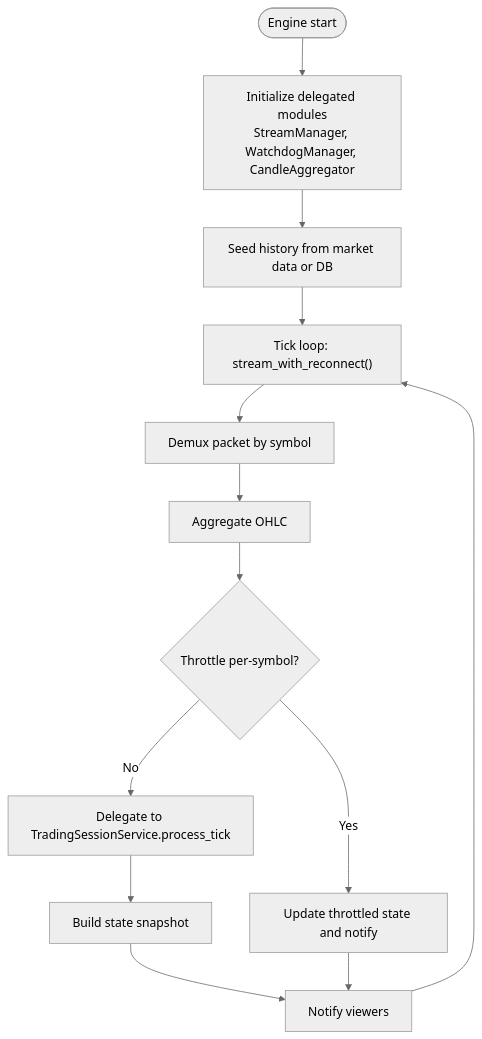
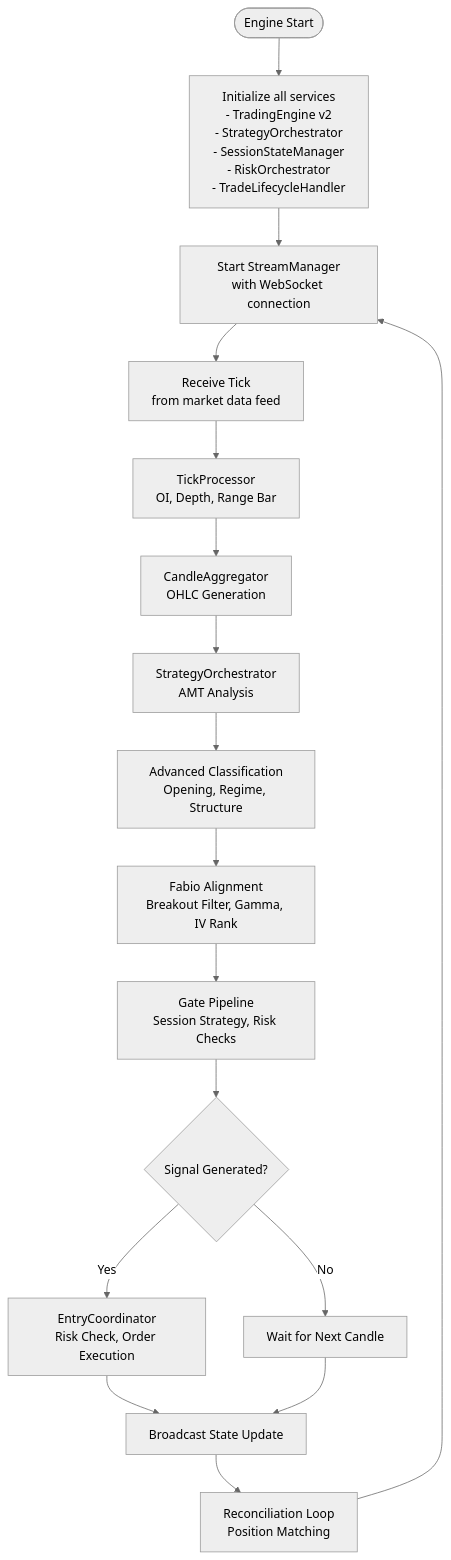
One commit to gemrajkhatry-maker/v5-of-glassytrade-ai changed the third of 4 diagrams in .qoder/repowiki/en/content/Architecture Deep Dive/Clean Architecture Layers/Application Layer/Application Layer.md. Above: the diagram before and after it, drawn with Mermaid (neutral theme). The commit also changed other lines of this file and 930 other files, not shown here.

````diff
--- a/.qoder/repowiki/en/content/Architecture Deep Dive/Clean Architecture Layers/Application Layer/Application Layer.md
+++ b/.qoder/repowiki/en/content/Architecture Deep Dive/Clean Architecture Layers/Application Layer/Application Layer.md
@@ -172,15 +424,19 @@
 ```mermaid
 flowchart TD
-Start([Engine start]) --> Init["Initialize delegated modules<br/>StreamManager, WatchdogManager, CandleAggregator"]
-Init --> Seed["Seed history from market data or DB"]
-Seed --> Loop["Tick loop: stream_with_reconnect()"]
-Loop --> Demux["Demux packet by symbol"]
-Demux --> Agg["Aggregate OHLC"]
-Agg --> Throttle{"Throttle per-symbol?"}
-Throttle --> |Yes| UpdateState["Update throttled state and notify"]
-Throttle --> |No| Process["Delegate to TradingSessionService.process_tick"]
-Process --> Snapshot["Build state snapshot"]
-Snapshot --> Notify["Notify viewers"]
-UpdateState --> Notify
-Notify --> Loop
+Start([Engine Start]) --> Init["Initialize all services<br/>- TradingEngine v2<br/>- StrategyOrchestrator<br/>- SessionStateManager<br/>- RiskOrchestrator<br/>- TradeLifecycleHandler"]
+Init --> Stream["Start StreamManager<br/>with WebSocket connection"]
+Stream --> Tick["Receive Tick<br/>from market data feed"]
+Tick --> Process["TickProcessor<br/>OI, Depth, Range Bar"]
+Process --> Aggregate["CandleAggregator<br/>OHLC Generation"]
+Aggregate --> Analyze["StrategyOrchestrator<br/>AMT Analysis"]
+Analyze --> Classify["Advanced Classification<br/>Opening, Regime, Structure"]
+Classify --> Align["Fabio Alignment<br/>Breakout Filter, Gamma, IV Rank"]
+Align --> Gate["Gate Pipeline<br/>Session Strategy, Risk Checks"]
+Gate --> Signal{"Signal Generated?"}
+Signal --> |Yes| Entry["EntryCoordinator<br/>Risk Check, Order Execution"]
+Signal --> |No| Wait["Wait for Next Candle"]
+Entry --> Broadcast["Broadcast State Update"]
+Wait --> Broadcast
+Broadcast --> Reconcile["Reconciliation Loop<br/>Position Matching"]
+Reconcile --> Stream
 ```
````
